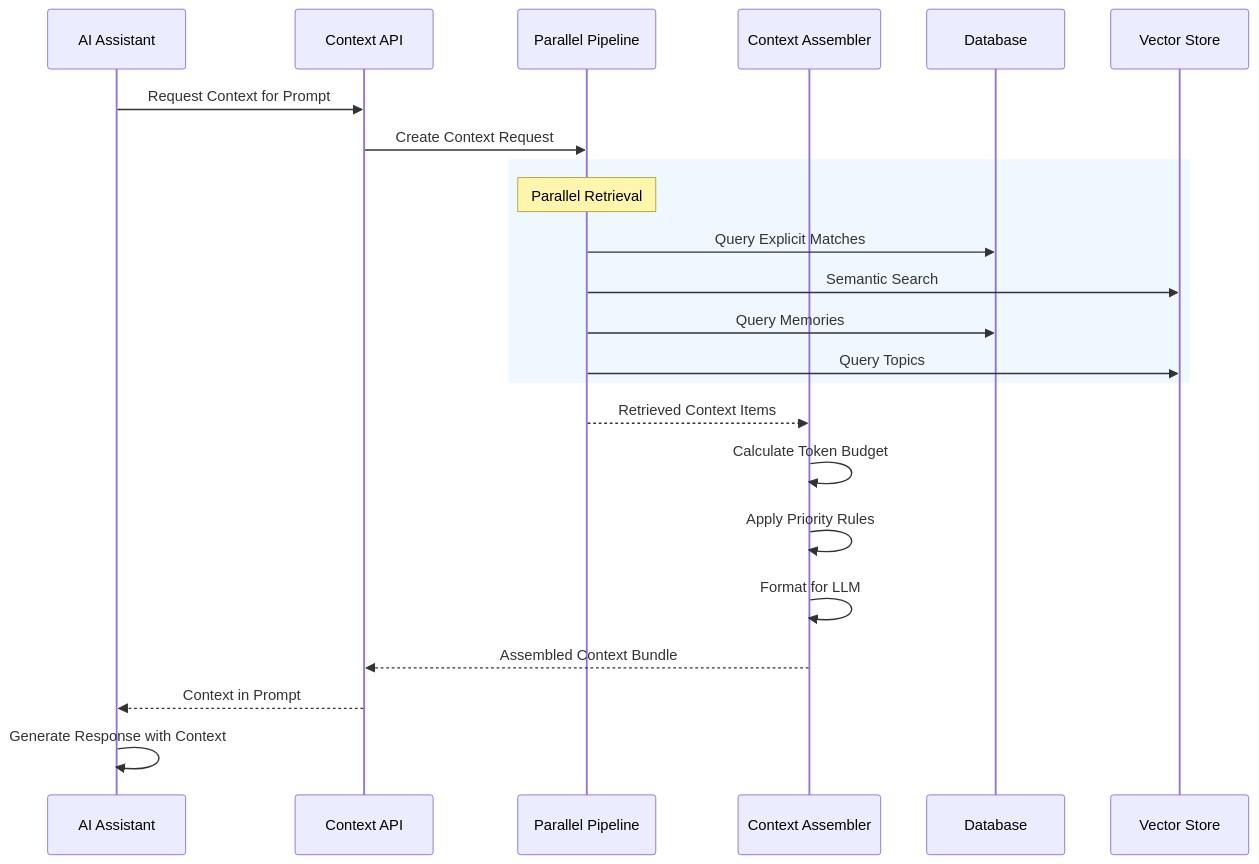
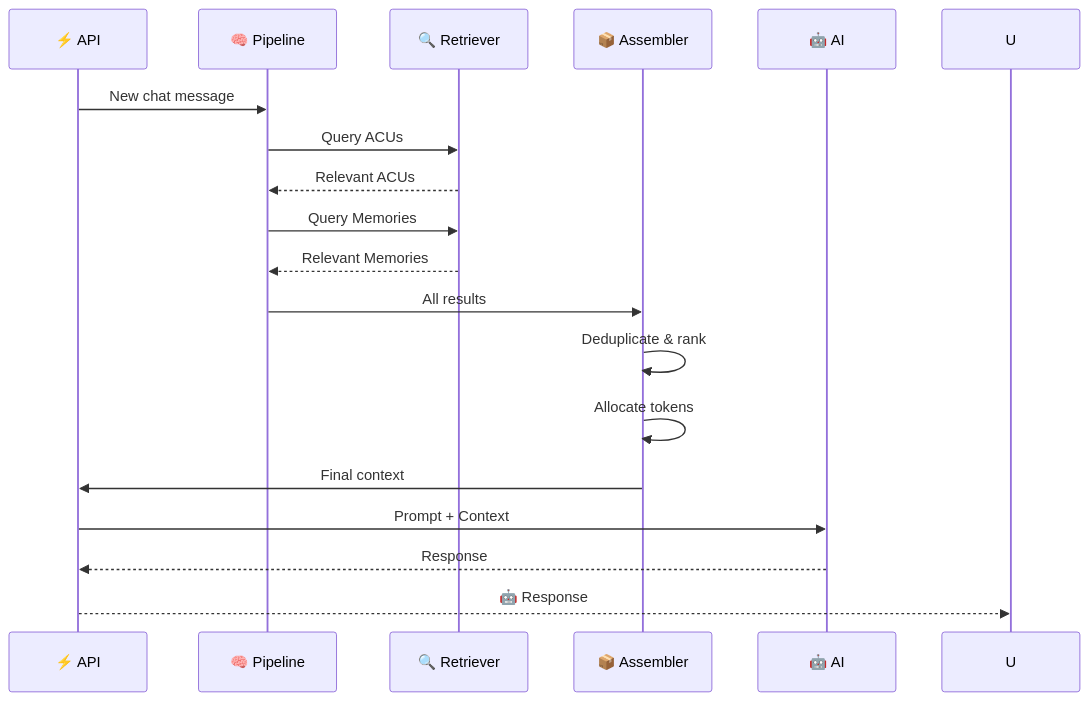
One commit to owenservera/vivim-app changed the fourth of 8 diagrams in vivim.docs.context/docs/architecture/overview.md. Above: the diagram before and after it, drawn with Mermaid. The commit also changed other lines of this file and 18 other files, not shown here.

````diff
--- a/vivim.docs.context/docs/architecture/overview.md
+++ b/vivim.docs.context/docs/architecture/overview.md
@@ -163,31 +143,21 @@
 ```mermaid
 sequenceDiagram
-    participant AI as AI Assistant
-    participant API as Context API
-    participant PIPELINE as Parallel Pipeline
-    participant ASSEMBLER as Context Assembler
-    participant DB as Database
-    participant VEC as Vector Store
-
-    AI->>API: Request Context for Prompt
-    API->>PIPELINE: Create Context Request
+    participant A as ⚡ API
+    participant P as 🧠 Pipeline
+    participant R as 🔍 Retriever
+    participant C as 📦 Assembler
+    participant AI as 🤖 AI
     
-    rect rgb(240, 248, 255)
-        Note over PIPELINE: Parallel Retrieval
-        PIPELINE->>DB: Query Explicit Matches
-        PIPELINE->>VEC: Semantic Search
-        PIPELINE->>DB: Query Memories
-        PIPELINE->>VEC: Query Topics
-    end
-    
-    PIPELINE-->>ASSEMBLER: Retrieved Context Items
-    
-    ASSEMBLER->>ASSEMBLER: Calculate Token Budget
-    ASSEMBLER->>ASSEMBLER: Apply Priority Rules
-    ASSEMBLER->>ASSEMBLER: Format for LLM
-    
-    ASSEMBLER-->>API: Assembled Context Bundle
-    API-->>AI: Context in Prompt
-    
-    AI->>AI: Generate Response with Context
+    A->>P: New chat message
+    P->>R: Query ACUs
+    R-->>P: Relevant ACUs
+    P->>R: Query Memories
+    R-->>P: Relevant Memories
+    P->>C: All results
+    C->>C: Deduplicate & rank
+    C->>C: Allocate tokens
+    C->>A: Final context
+    A->>AI: Prompt + Context
+    AI-->>A: Response
+    A-->>U: 🤖 Response
 ```
````
